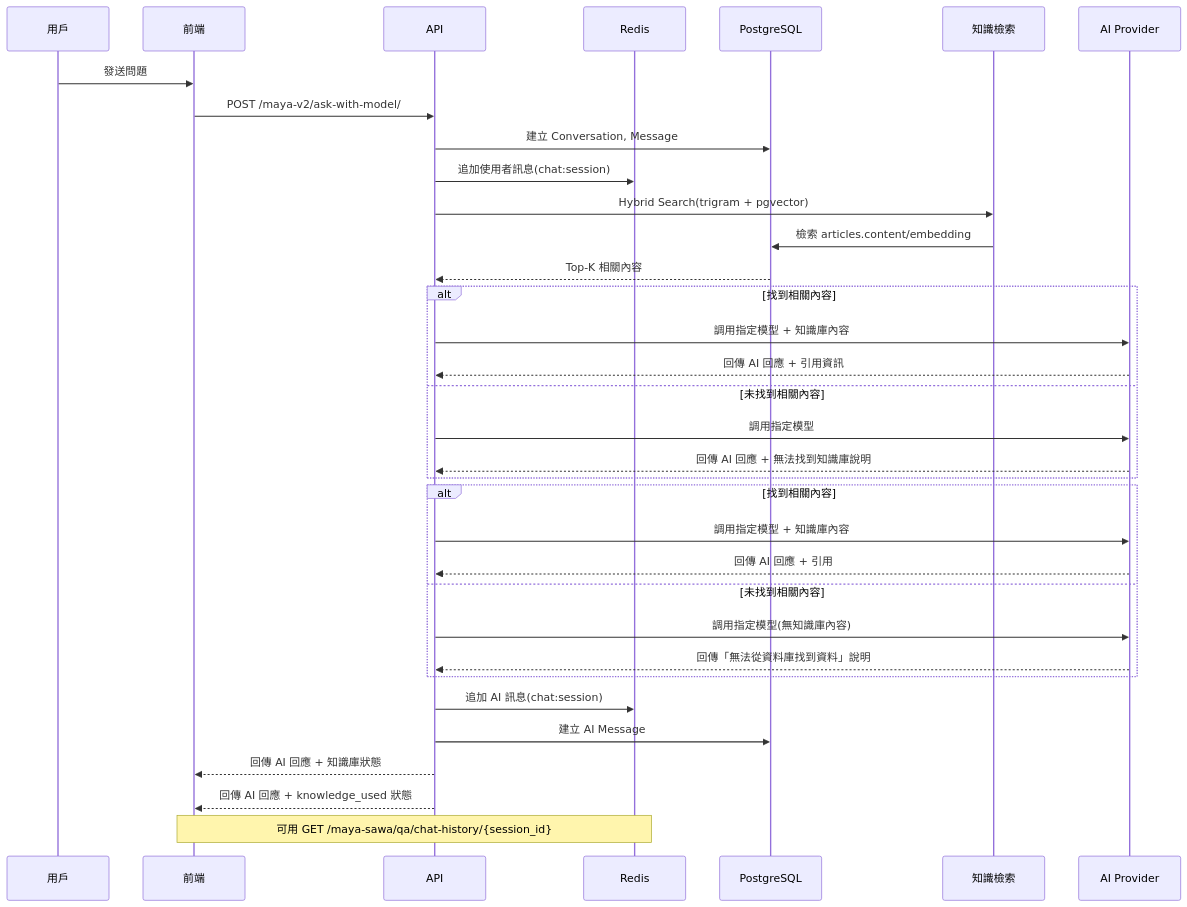
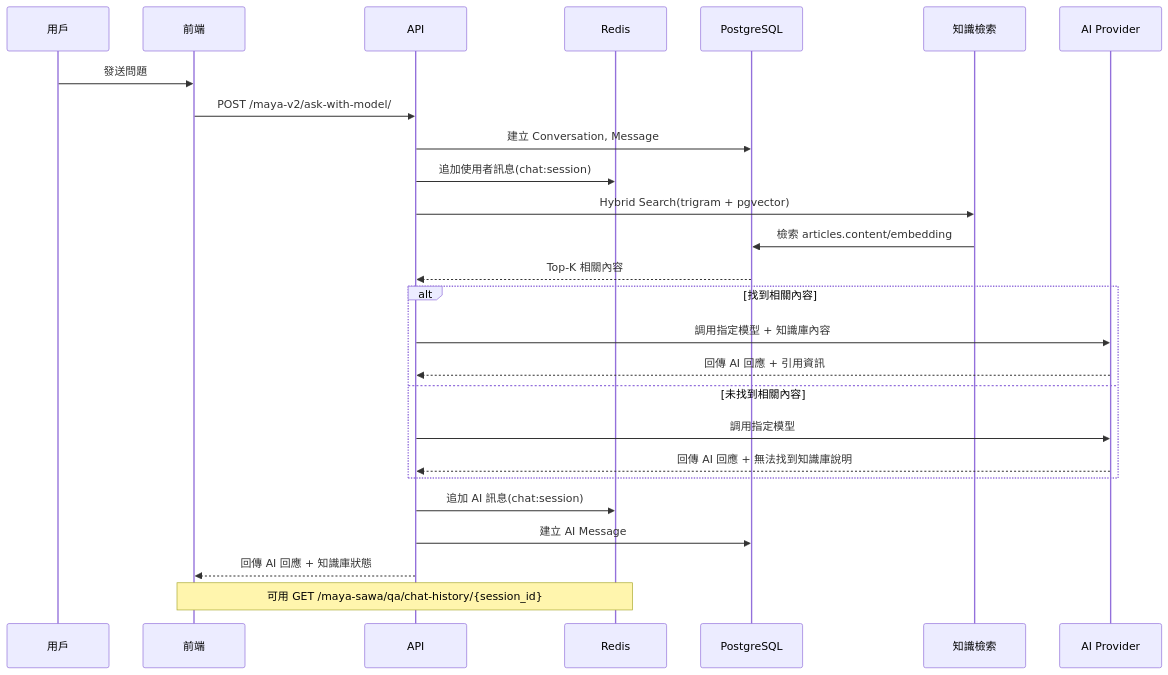
The third of 5 diagrams in README.md (Vinskao/maya-sawa-v2), drawn with Mermaid before and after one commit. The commit also changed other lines of this file and 17 other files, not shown here.

````diff
--- a/README.md
+++ b/README.md
@@ -73,42 +166,32 @@
 ```mermaid
 sequenceDiagram
     participant U as 用戶
     participant F as 前端
     participant A as API
     participant R as Redis
     participant DB as PostgreSQL
     participant KM as 知識檢索
     participant AI as AI Provider
 
     U->>F: 發送問題
     F->>A: POST /maya-v2/ask-with-model/
     A->>DB: 建立 Conversation, Message
     A->>R: 追加使用者訊息(chat:session)
     A->>KM: Hybrid Search(trigram + pgvector)
     KM->>DB: 檢索 articles.content/embedding
     DB-->>A: Top-K 相關內容
     
     alt 找到相關內容
         A->>AI: 調用指定模型 + 知識庫內容
         AI-->>A: 回傳 AI 回應 + 引用資訊
     else 未找到相關內容
         A->>AI: 調用指定模型
         AI-->>A: 回傳 AI 回應 + 無法找到知識庫說明
     end
     
-    
-    alt 找到相關內容
-        A->>AI: 調用指定模型 + 知識庫內容
-        AI-->>A: 回傳 AI 回應 + 引用
-    else 未找到相關內容
-        A->>AI: 調用指定模型(無知識庫內容)
-        AI-->>A: 回傳「無法從資料庫找到資料」說明
-    end
-    
     A->>R: 追加 AI 訊息(chat:session)
     A->>DB: 建立 AI Message
     A-->>F: 回傳 AI 回應 + 知識庫狀態
-    A-->>F: 回傳 AI 回應 + knowledge_used 狀態
 
     Note over F,R: 可用 GET /maya-sawa/qa/chat-history/{session_id}
 ```
````
